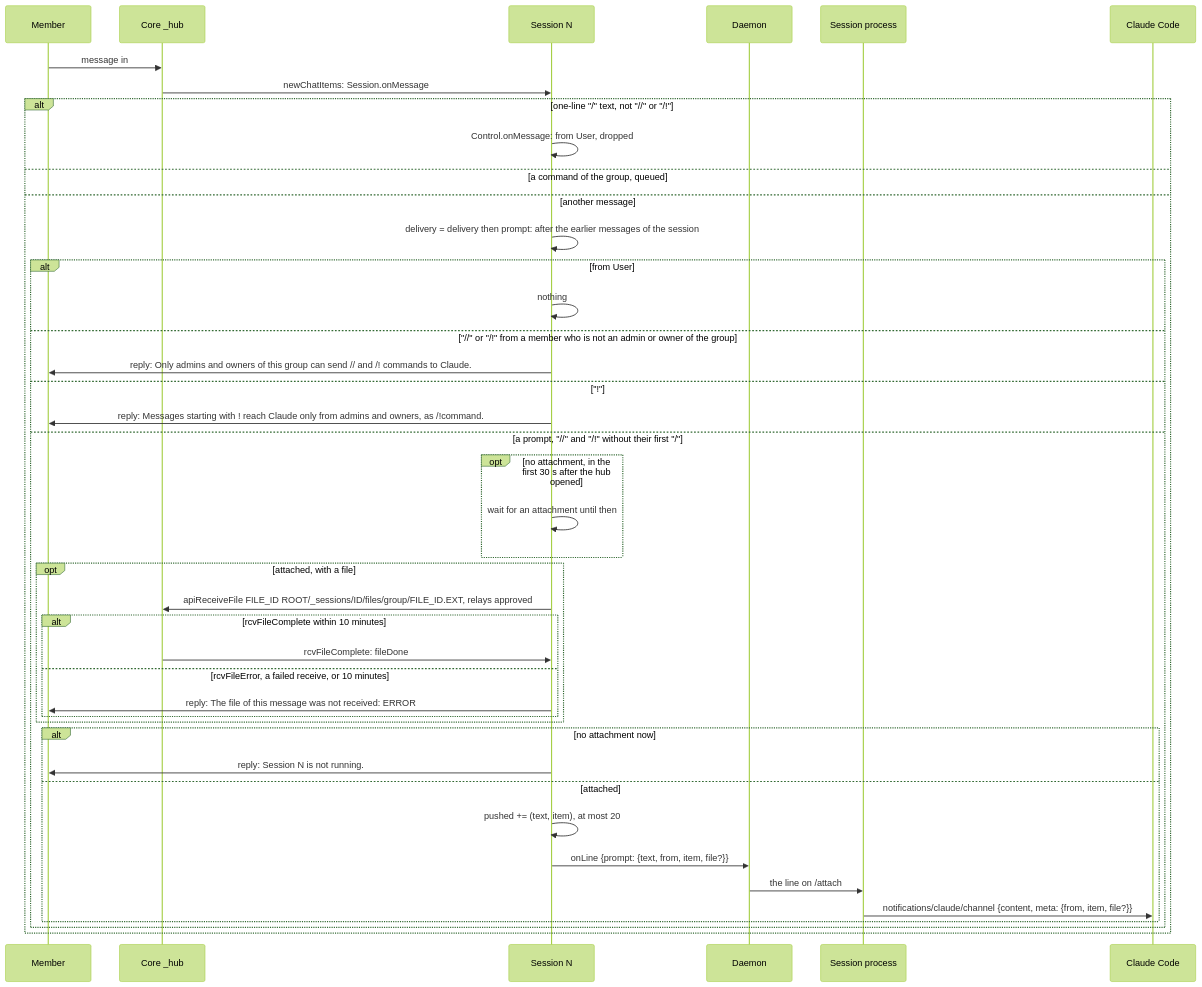
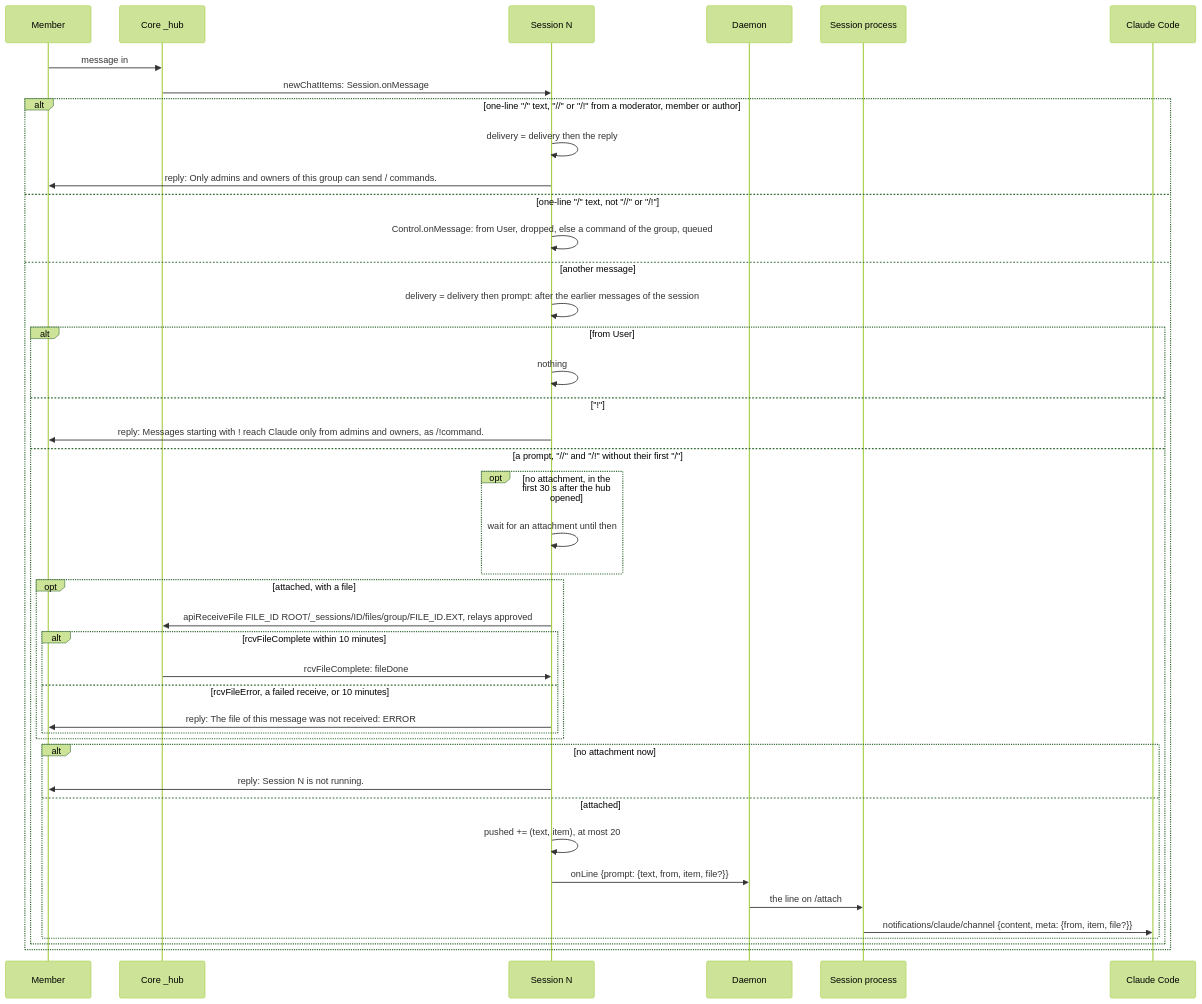
Diagram 20 of 30 in packages/simplex-chat-mcp/spec/flows.md (simplex-chat/simplex-chat), drawn with Mermaid (forest theme) before and after one commit. The commit also changed other lines of this file and 3 other files, not shown here.

First line of the commit message:
mcp: spec of / commands from admins and owners and profile updates

````diff
--- a/packages/simplex-chat-mcp/spec/flows.md
+++ b/packages/simplex-chat-mcp/spec/flows.md
@@ -894,43 +894,44 @@
 ```mermaid
 sequenceDiagram
   participant O as Member
   participant C as Core _hub
   participant N as Session N
   participant D as Daemon
   participant S as Session process
   participant CC as Claude Code
   O->>C: message in #G, with a file
   C->>N: newChatItems: Session.onMessage
-  alt one-line "/" text, not "//" or "/!"
-    N->>N: Control.onMessage: from User, dropped; else a command of the group, queued
+  alt one-line "/" text, "//" or "/!" from a moderator, member or author
+    N->>N: delivery = delivery then the reply
+    N->>O: reply: Only admins and owners of this group can send / commands.
+  else one-line "/" text, not "//" or "/!"
+    N->>N: Control.onMessage: from User, dropped, else a command of the group, queued
   else another message
     N->>N: delivery = delivery then prompt: after the earlier messages of the session
     alt from User
       N->>N: nothing
-    else "//" or "/!" from a member who is not an admin or owner of the group
-      N->>O: reply: Only admins and owners of this group can send // and /! commands to Claude.
     else "!"
       N->>O: reply: Messages starting with ! reach Claude only from admins and owners, as /!command.
     else a prompt, "//" and "/!" without their first "/"
       opt no attachment, in the first 30 s after the hub opened
         N->>N: wait for an attachment until then
       end
       opt attached, with a file
         N->>C: apiReceiveFile FILE_ID ROOT/_sessions/ID/files/group/FILE_ID.EXT, relays approved
         alt rcvFileComplete within 10 minutes
           C->>N: rcvFileComplete: fileDone
         else rcvFileError, a failed receive, or 10 minutes
           N->>O: reply: The file of this message was not received: ERROR
         end
       end
       alt no attachment now
         N->>O: reply: Session N is not running.
       else attached
         N->>N: pushed += (text, item), at most 20
         N->>D: onLine {prompt: {text, from, item, file?}}
         D->>S: the line on /attach
         S->>CC: notifications/claude/channel {content, meta: {from, item, file?}}
       end
     end
   end
 ```
````
